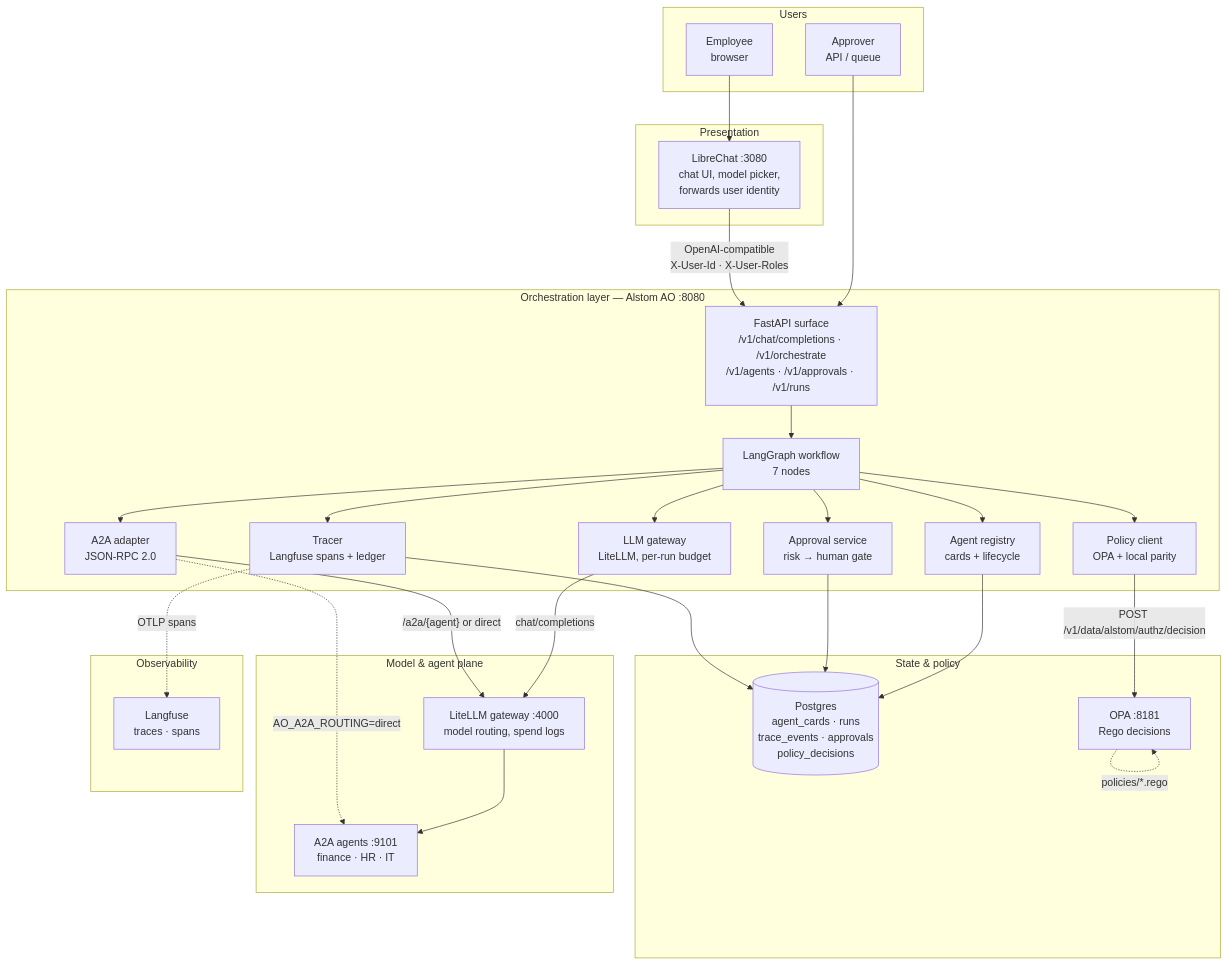
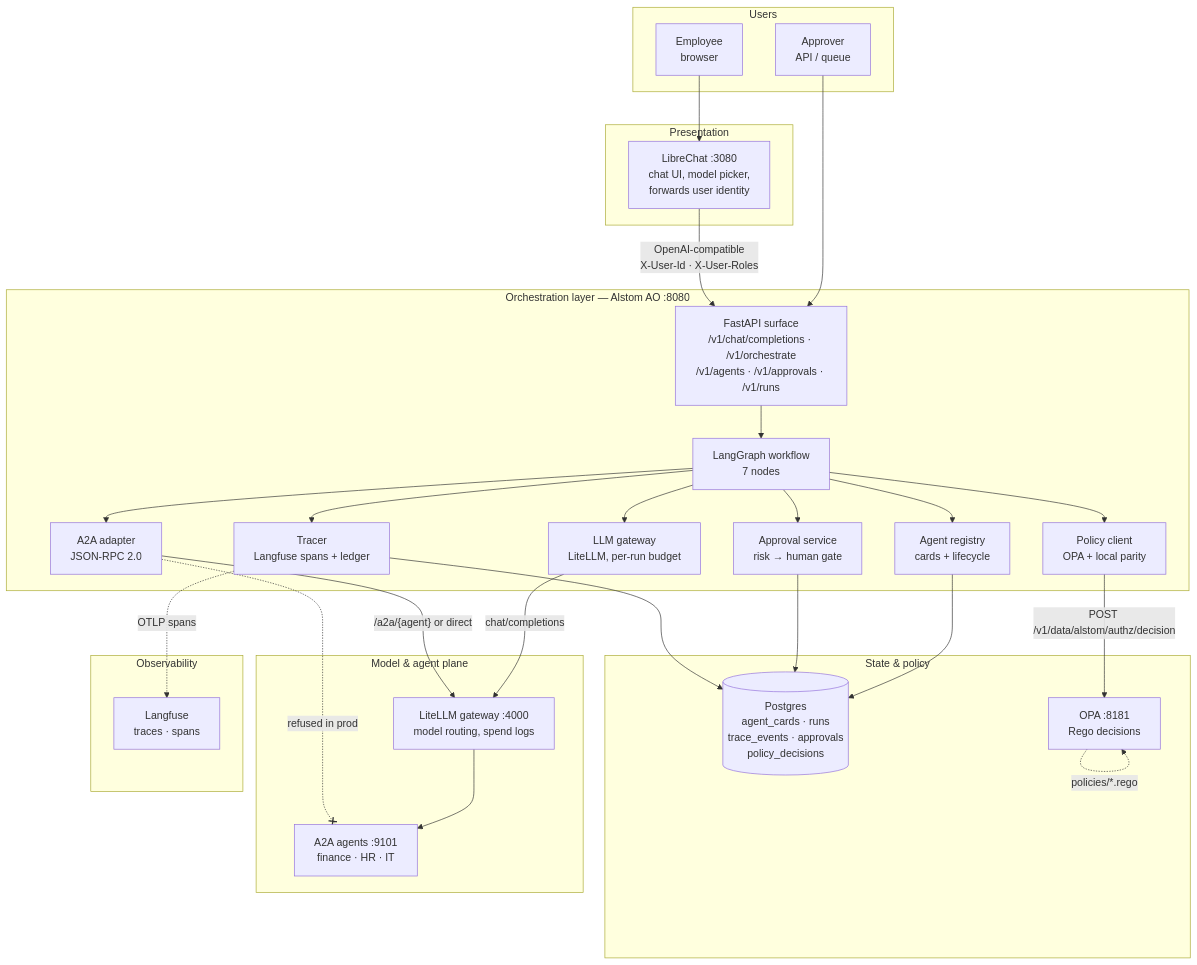
Before and after one commit to ranganadh8599/Alstom_AO: the first of 5 diagrams in docs/architecture-review.md, drawn with Mermaid. The commit also changed 19 other files, not shown here.

````diff
--- a/docs/architecture-review.md
+++ b/docs/architecture-review.md
@@ -24,61 +24,61 @@
 ```mermaid
 flowchart TB
     subgraph users["Users"]
         U1["Employee<br/>browser"]
         U2["Approver<br/>API / queue"]
     end
 
     subgraph ui["Presentation"]
         LC["LibreChat :3080<br/>chat UI, model picker,<br/>forwards user identity"]
     end
 
     subgraph ao["Orchestration layer — Alstom AO :8080"]
         API["FastAPI surface<br/>/v1/chat/completions · /v1/orchestrate<br/>/v1/agents · /v1/approvals · /v1/runs"]
         GRAPH["LangGraph workflow<br/>7 nodes"]
         REG["Agent registry<br/>cards + lifecycle"]
         POL["Policy client<br/>OPA + local parity"]
         APP["Approval service<br/>risk → human gate"]
         GW["LLM gateway<br/>LiteLLM, per-run budget"]
         AD["A2A adapter<br/>JSON-RPC 2.0"]
         TR["Tracer<br/>Langfuse spans + ledger"]
     end
 
     subgraph infra["State & policy"]
         PG[("Postgres<br/>agent_cards · runs<br/>trace_events · approvals<br/>policy_decisions")]
         OPA["OPA :8181<br/>Rego decisions"]
     end
 
     subgraph llm["Model & agent plane"]
         LG["LiteLLM gateway :4000<br/>model routing, spend logs"]
         AG["A2A agents :9101<br/>finance · HR · IT"]
     end
 
     subgraph obs["Observability"]
         LF["Langfuse<br/>traces · spans"]
     end
 
     U1 --> LC
     U2 --> API
     LC -->|"OpenAI-compatible<br/>X-User-Id · X-User-Roles"| API
     API --> GRAPH
 
     GRAPH --> REG
     GRAPH --> POL
     GRAPH --> APP
     GRAPH --> GW
     GRAPH --> AD
     GRAPH --> TR
 
     REG --> PG
     APP --> PG
     TR --> PG
     POL -->|"POST /v1/data/alstom/authz/decision"| OPA
 
     GW -->|"chat/completions"| LG
     AD -->|"/a2a/{agent} or direct"| LG
     LG --> AG
-    AD -.->|"AO_A2A_ROUTING=direct"| AG
+    AD -. "refused in prod" .-x AG
 
     TR -.->|"OTLP spans"| LF
     OPA -.->|"policies/*.rego"| OPA
 ```
````
